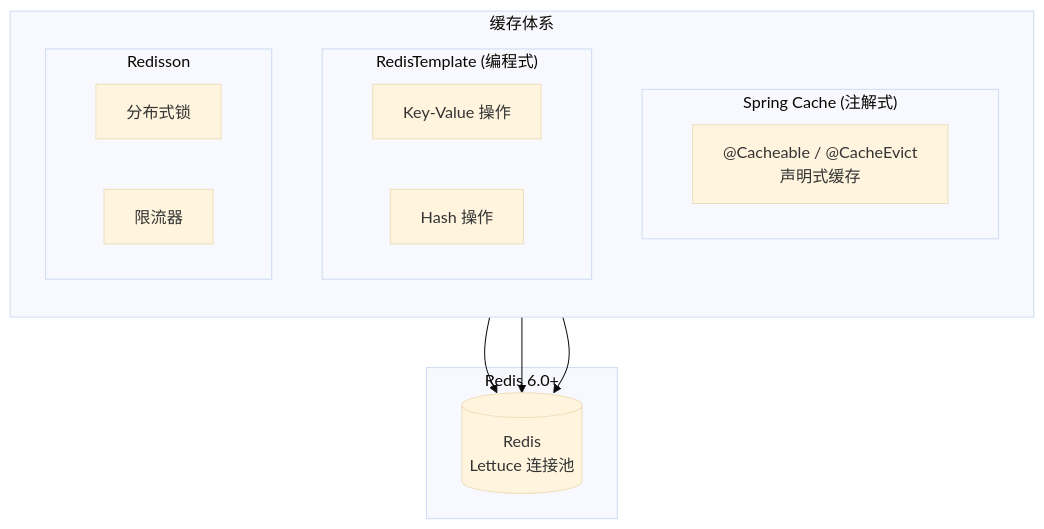
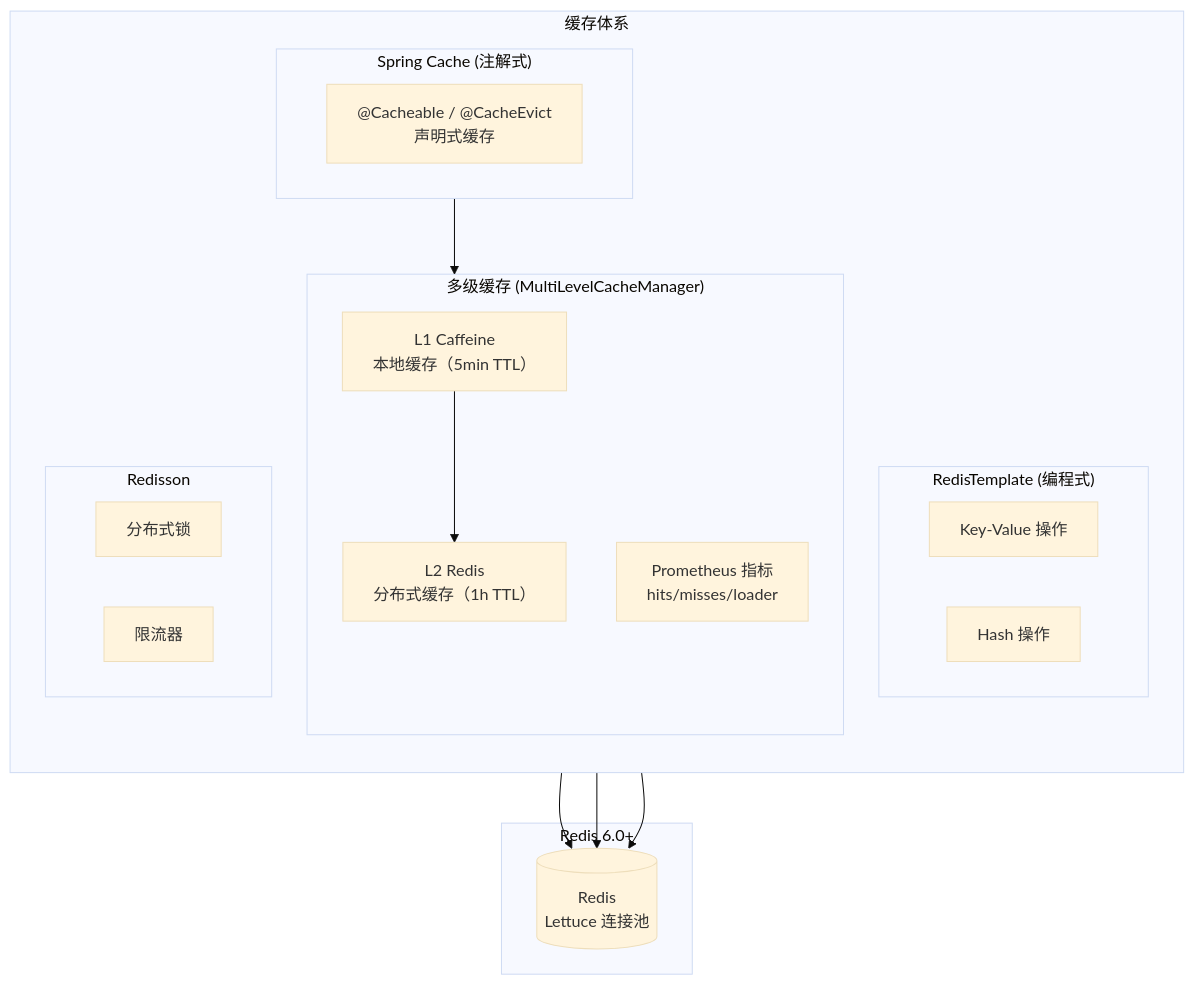
One commit to earthy-zinc/dehaze-system changed the sixth of 14 diagrams in dehaze-doc/docs/02-系统架构/09-后端基础设施设计(Java).md. Above: the diagram before and after it, drawn with Mermaid (base theme). The commit also changed other lines of this file and 19 other files, not shown here.

````diff
--- a/dehaze-doc/docs/02-系统架构/09-后端基础设施设计(Java).md
+++ b/dehaze-doc/docs/02-系统架构/09-后端基础设施设计(Java).md
@@ -424,28 +434,36 @@
 ```mermaid
 flowchart TB
     subgraph CacheArch["缓存体系"]
         direction TB
 
         subgraph SpringCache["Spring Cache (注解式)"]
             Annotation["@Cacheable / @CacheEvict<br/>声明式缓存"]
+        end
+
+        subgraph MultiLevel["多级缓存 (MultiLevelCacheManager)"]
+            L1["L1 Caffeine<br/>本地缓存（5min TTL）"]
+            L2["L2 Redis<br/>分布式缓存（1h TTL）"]
+            Metrics["Prometheus 指标<br/>hits/misses/loader"]
         end
 
         subgraph RedisTemplate["RedisTemplate (编程式)"]
             KV["Key-Value 操作"]
             Hash["Hash 操作"]
         end
 
         subgraph Redisson["Redisson"]
             Lock["分布式锁"]
             RateLimit["限流器"]
         end
     end
 
     subgraph Backend["Redis 6.0+"]
         Redis[("Redis<br/>Lettuce 连接池")]
     end
 
-    SpringCache --> Redis
+    SpringCache --> MultiLevel
+    L1 --> L2
+    L2 --> Redis
     RedisTemplate --> Redis
     Redisson --> Redis
 ```
````
